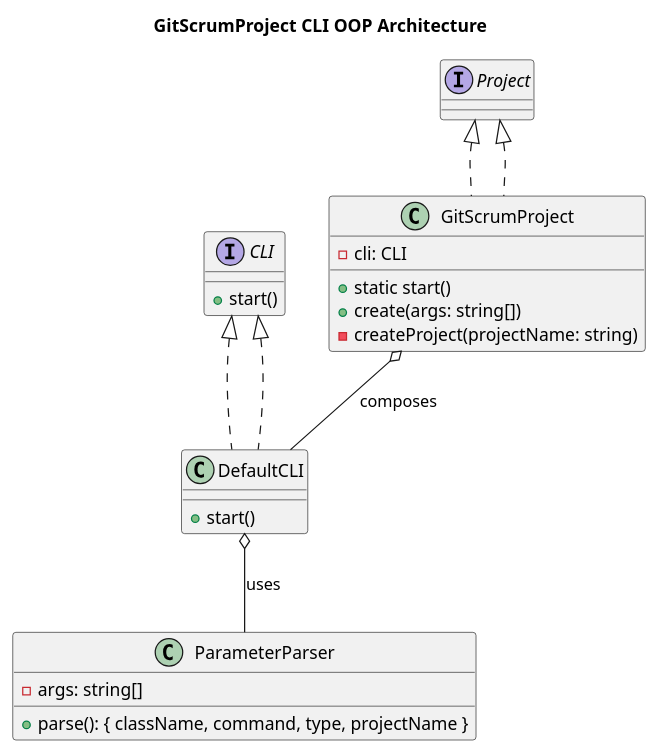
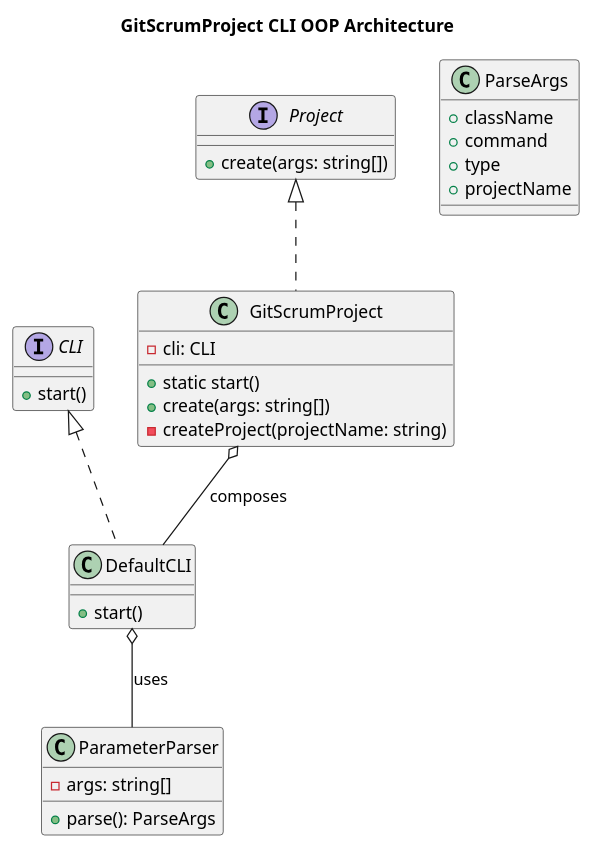
One commit to Cerulean-Circle-GmbH/Web4Articles changed the diagram in src/puml/GitScrumProject_CLI_Architecture.puml. Above: the diagram before and after it, drawn with PlantUML. The commit also changed 10 other files, not shown here.

Commit message:
docs(devops): add environment verification to README and DevOps process; add Docker/devcontainer requirements; plan sprint-4 for cross-platform devcontainer; render PUML diagrams to SVG

```diff
--- a/src/puml/GitScrumProject_CLI_Architecture.puml
+++ b/src/puml/GitScrumProject_CLI_Architecture.puml
@@ -1,31 +1,42 @@
 @startuml
 title GitScrumProject CLI OOP Architecture
 
 
 interface CLI {
   +start()
 }
 
-class DefaultCLI implements CLI {
+interface Project {
+  +create(args: string[])
+}
+
+class DefaultCLI {
   +start()
 }
 
 class ParameterParser {
   -args: string[]
-  +parse(): { className, command, type, projectName }
+  +parse(): ParseArgs
 }
 
-class GitScrumProject implements Project {
+class ParseArgs {
+  +className
+  +command
+  +type
+  +projectName
+}
+
+class GitScrumProject {
   -cli: CLI
   +static start()
   +create(args: string[])
   -createProject(projectName: string)
 }
 
 GitScrumProject o-- DefaultCLI : composes
 DefaultCLI o-- ParameterParser : uses
 
 CLI <|.. DefaultCLI
 Project <|.. GitScrumProject
 
 @enduml
```
